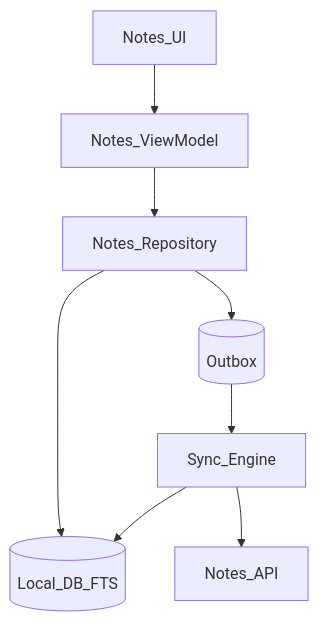
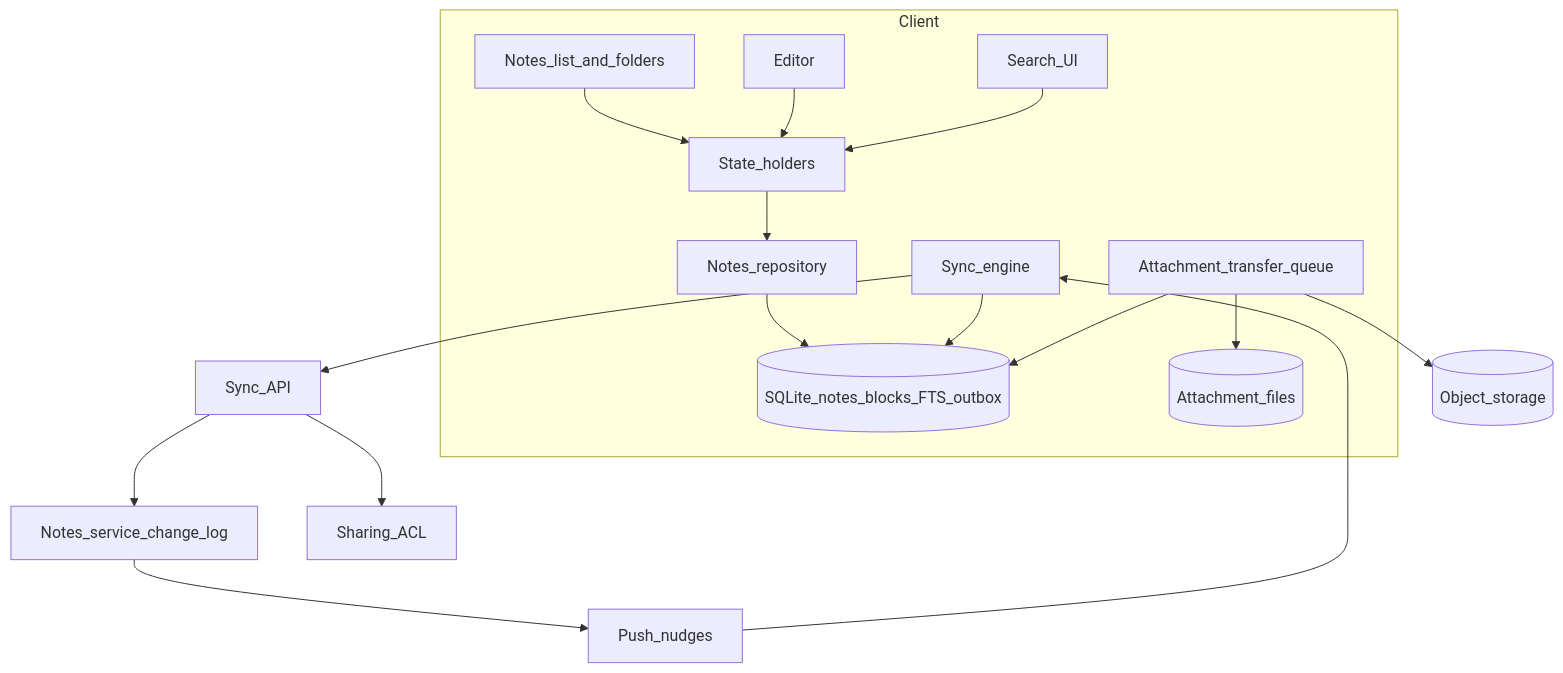
The first of 2 diagrams in book/part-3-consumer-apps/22-offline-notes.md (yadavsandeep24/san_system_design), drawn with Mermaid before and after one commit. The commit also changed other lines of this file, not shown here.

Commit message:
Rewrite Ch 22 offline notes in depth

````diff
--- a/book/part-3-consumer-apps/22-offline-notes.md
+++ b/book/part-3-consumer-apps/22-offline-notes.md
@@ -27,15 +47,32 @@
 ```mermaid
 flowchart TB
-  ui[Notes_UI]
-  vm[Notes_ViewModel]
-  repo[Notes_Repository]
-  db[(Local_DB_FTS)]
-  outbox[(Outbox)]
-  sync[Sync_Engine]
-  api[Notes_API]
-  ui --> vm --> repo
-  repo --> db
-  repo --> outbox
-  outbox --> sync --> api
-  sync --> db
+  subgraph Client
+    list[Notes_list_and_folders]
+    editor[Editor]
+    search[Search_UI]
+    vm[State_holders]
+    repo[Notes_repository]
+    db[(SQLite_notes_blocks_FTS_outbox)]
+    sync[Sync_engine]
+    att[Attachment_transfer_queue]
+    files[(Attachment_files)]
+    list --> vm
+    editor --> vm
+    search --> vm
+    vm --> repo --> db
+    sync --> db
+    att --> files
+    att --> db
+  end
+  api[Sync_API]
+  notes[Notes_service_change_log]
+  blob[(Object_storage)]
+  share[Sharing_ACL]
+  pushs[Push_nudges]
+  sync --> api
+  att --> blob
+  api --> notes
+  api --> share
+  notes --> pushs
+  pushs --> sync
 ```
````
